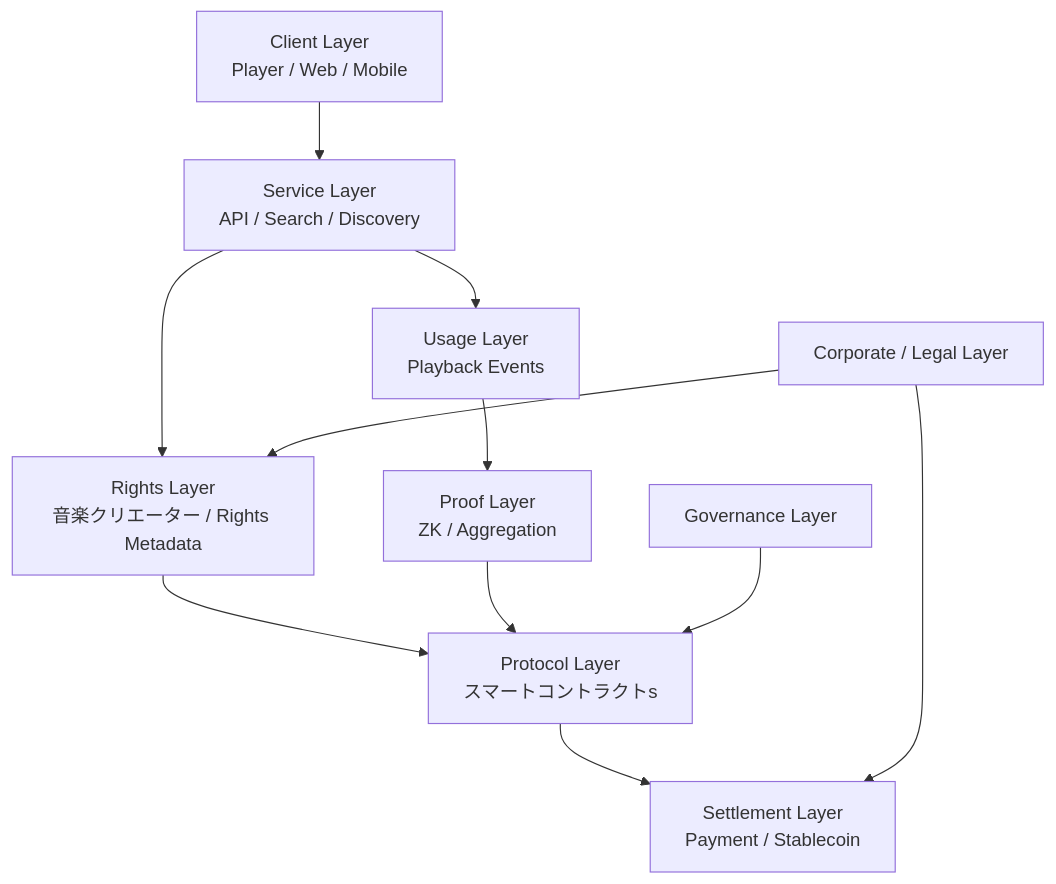
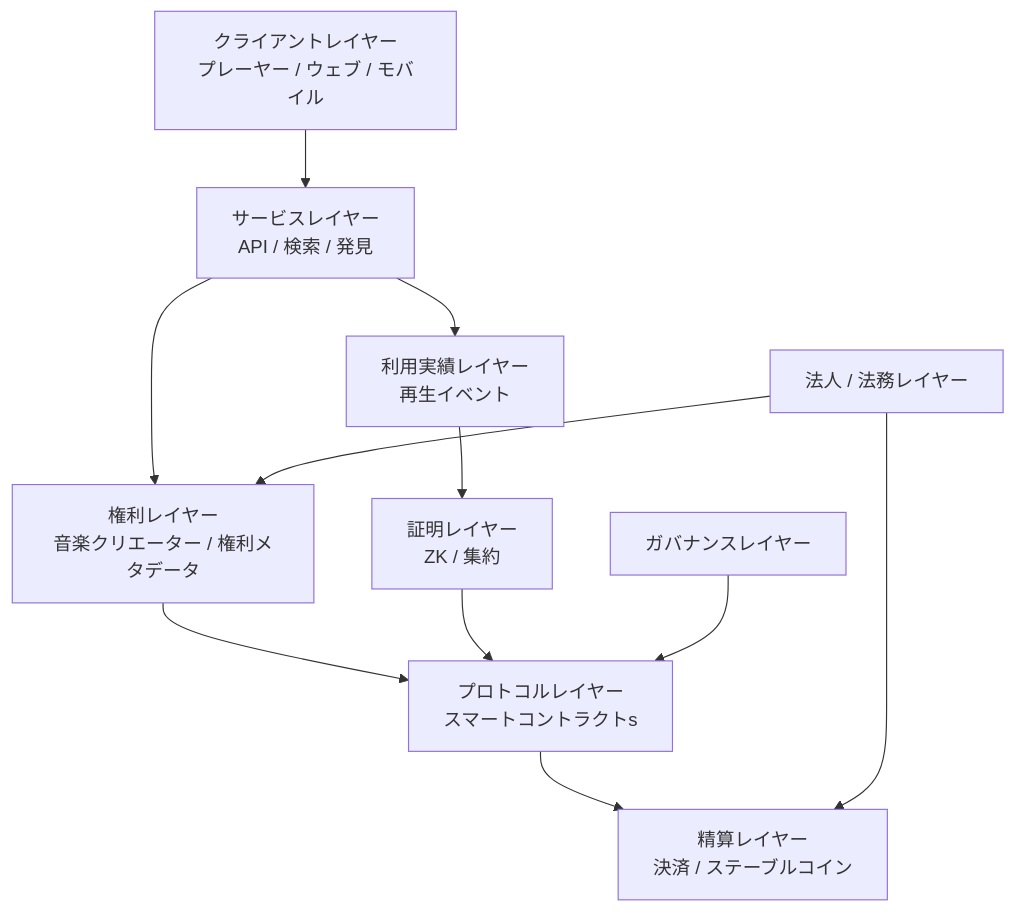
One commit to ShigeichiroYamasaki/creator-first-platform changed the second of 43 diagrams in docs/whitepaper/09-technology.md. Above: the diagram before and after it, drawn with Mermaid. The commit also changed other lines of this file and 72 other files, not shown here.

````diff
--- a/docs/whitepaper/09-technology.md
+++ b/docs/whitepaper/09-technology.md
@@ -80,23 +80,23 @@
 ```mermaid
 flowchart TD
-    CLIENT[Client Layer<br/>Player / Web / Mobile]
-    SERVICE[Service Layer<br/>API / Search / Discovery]
-    RIGHTS[Rights Layer<br/>音楽クリエーター / Rights Metadata]
-    USAGE[Usage Layer<br/>Playback Events]
-    PROOF[Proof Layer<br/>ZK / Aggregation]
-    CONTRACT[Protocol Layer<br/>スマートコントラクトs]
-    SETTLE[Settlement Layer<br/>Payment / Stablecoin]
-    GOV[Governance Layer]
-    CORP[Corporate / Legal Layer]
+    CLIENT[クライアントレイヤー<br/>プレーヤー / ウェブ / モバイル]
+    SERVICE[サービスレイヤー<br/>API / 検索 / 発見]
+    RIGHTS[権利レイヤー<br/>音楽クリエーター / 権利メタデータ]
+    USAGE[利用実績レイヤー<br/>再生イベント]
+    PROOF[証明レイヤー<br/>ZK / 集約]
+    CONTRACT[プロトコルレイヤー<br/>スマートコントラクトs]
+    SETTLE[精算レイヤー<br/>決済 / ステーブルコイン]
+    GOV[ガバナンスレイヤー]
+    CORP[法人 / 法務レイヤー]
 
     CLIENT --> SERVICE
     SERVICE --> RIGHTS
     SERVICE --> USAGE
     USAGE --> PROOF
     RIGHTS --> CONTRACT
     PROOF --> CONTRACT
     CONTRACT --> SETTLE
     GOV --> CONTRACT
     CORP --> RIGHTS
     CORP --> SETTLE
 ```
````
